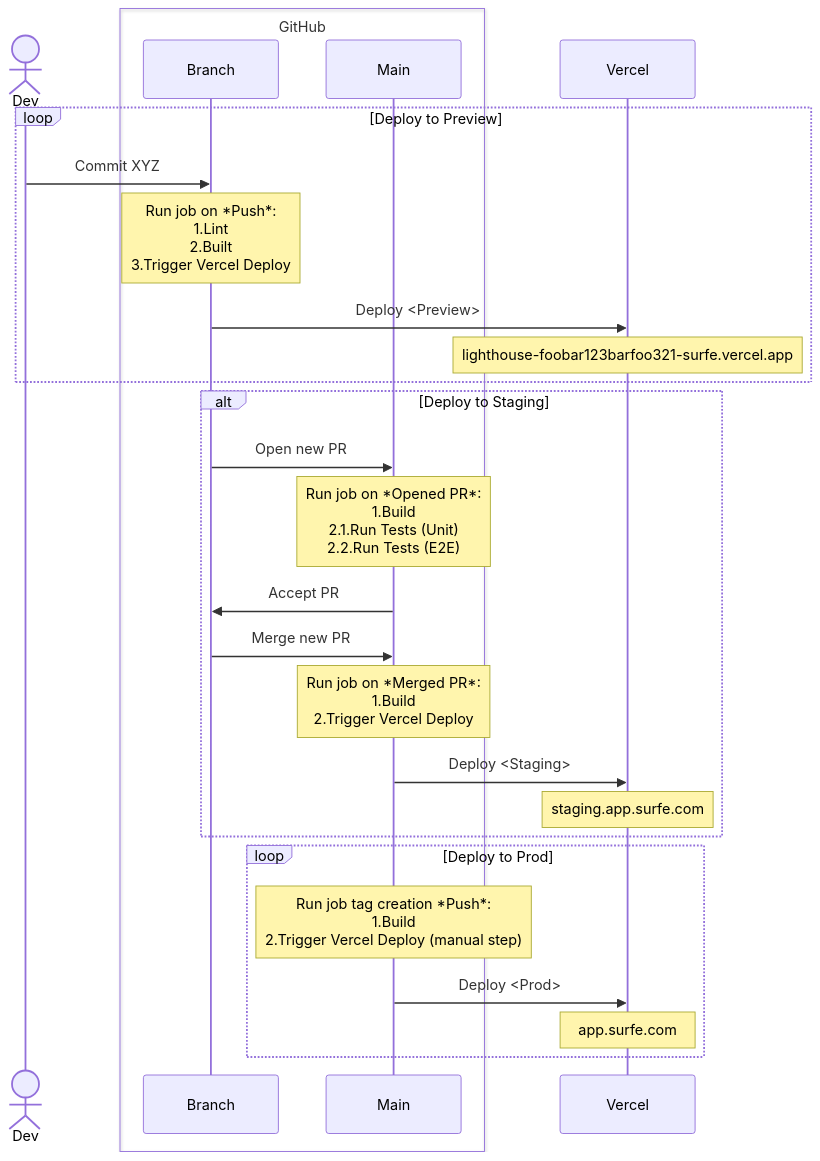
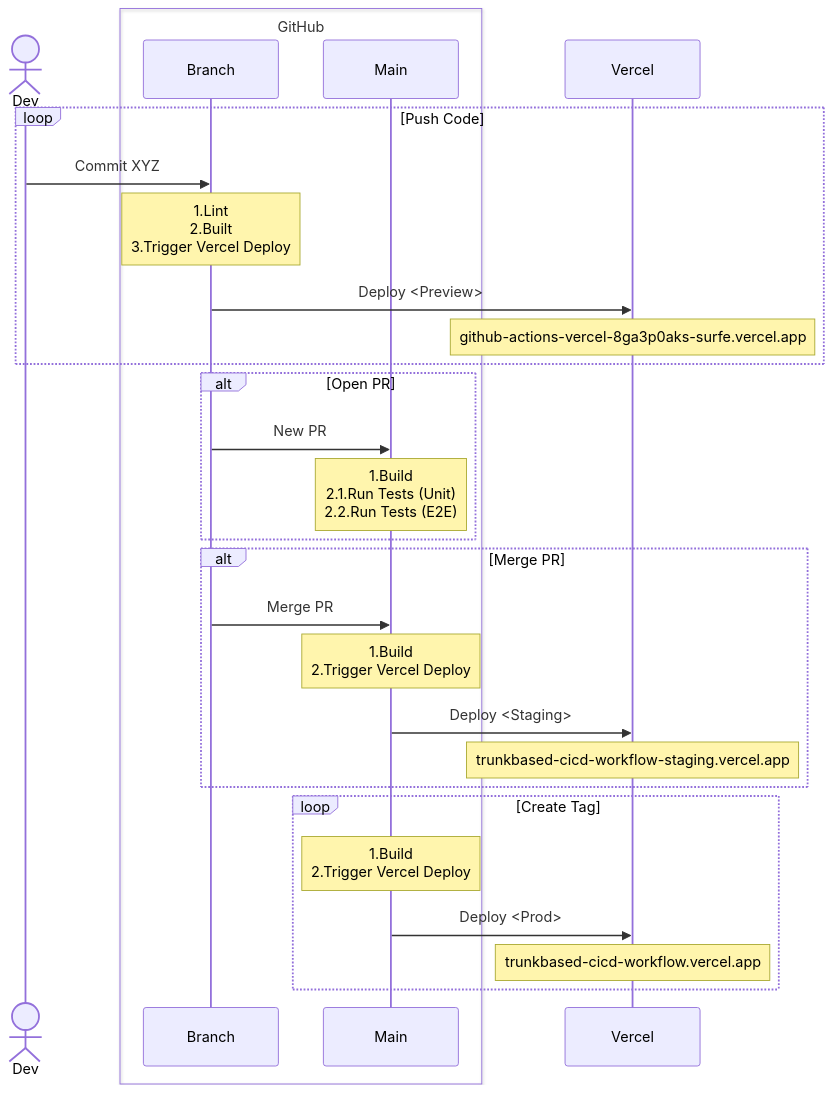
One commit to mstrlaw/github-actions-vercel changed the diagram in README.md. Above: the diagram before and after it, drawn with Mermaid. The commit also changed other lines of this file and 6 other files, not shown here.

````diff
--- a/README.md
+++ b/README.md
@@ -5,36 +39,38 @@
 ```mermaid
 sequenceDiagram
     actor D as Dev
     participant B as Branch
     participant M as Main
     participant V as Vercel
 
     box GitHub
         participant B
         participant M
     end
 
-    loop Deploy to Preview
+    loop Push Code
         D->>B: Commit XYZ
-        Note over B: Run job on *Push*:<br>1.Lint<br>2.Built<br>3.Trigger Vercel Deploy
+        Note over B: 1.Lint<br>2.Built<br>3.Trigger Vercel Deploy
         B->>V: Deploy <Preview>
-        Note over V: lighthouse-foobar123barfoo321-surfe.vercel.app
+        Note over V: github-actions-vercel-8ga3p0aks-surfe.vercel.app
     end
 
-    alt Deploy to Staging
-        B->>M: Open new PR
-        Note over M: Run job on *Opened PR*:<br>1.Build<br>2.1.Run Tests (Unit)<br>2.2.Run Tests (E2E)
-        M->>B: Accept PR
-        B->>M: Merge new PR
-        Note over M: Run job on *Merged PR*:<br>1.Build<br>2.Trigger Vercel Deploy
+    alt Open PR
+        B->>M: New PR
+        Note over M: 1.Build<br>2.1.Run Tests (Unit)<br>2.2.Run Tests (E2E)
+    end
+    
+    alt Merge PR
+        B->>M: Merge PR
+        Note over M: 1.Build<br>2.Trigger Vercel Deploy
         M->>V: Deploy <Staging>
-        Note over V: staging.app.surfe.com
+        Note over V: trunkbased-cicd-workflow-staging.vercel.app
     end
 
-    loop Deploy to Prod
+    loop Create Tag
 
-        Note over M: Run job tag creation *Push*:<br>1.Build<br>2.Trigger Vercel Deploy (manual step)
+        Note over M: 1.Build<br>2.Trigger Vercel Deploy
         M->>V: Deploy <Prod>
-        Note over V: app.surfe.com
+        Note over V: trunkbased-cicd-workflow.vercel.app
     end
 ```
````
